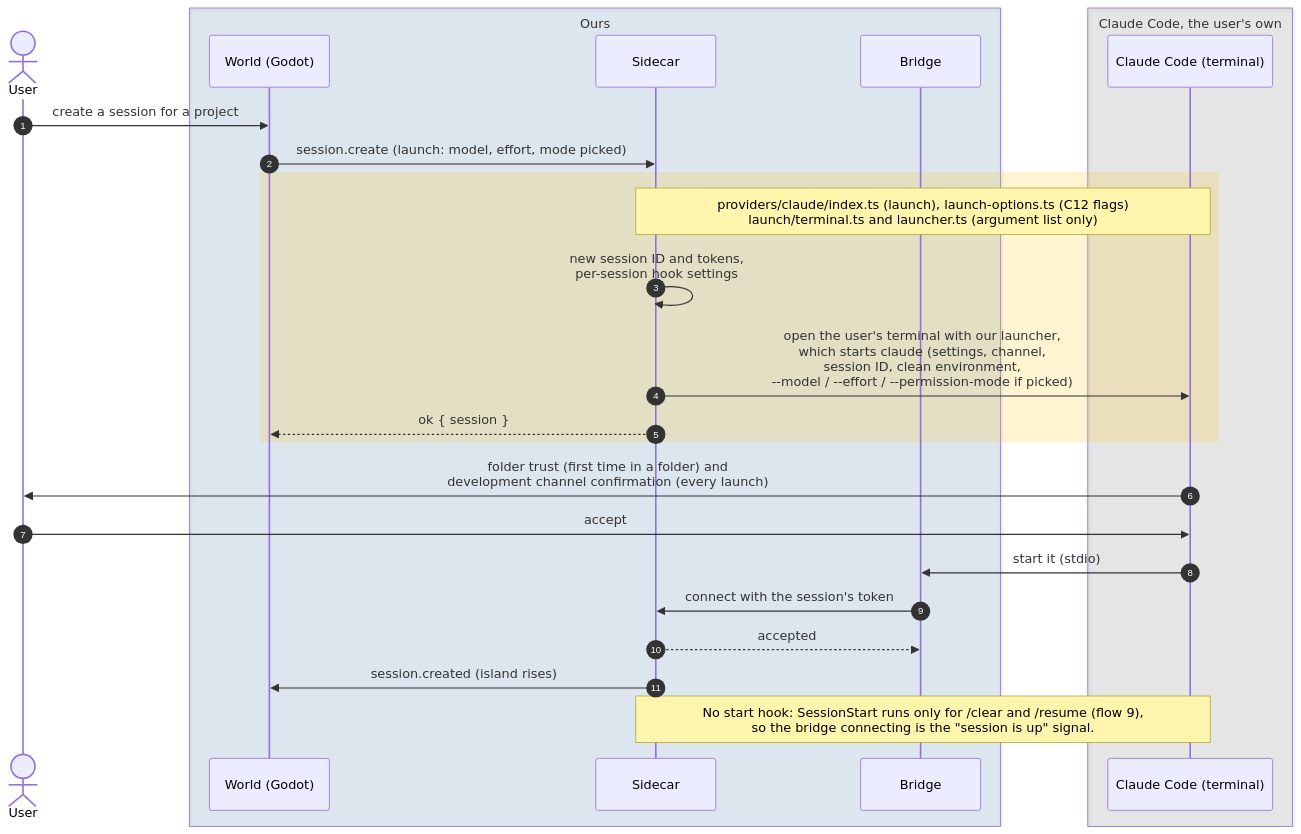
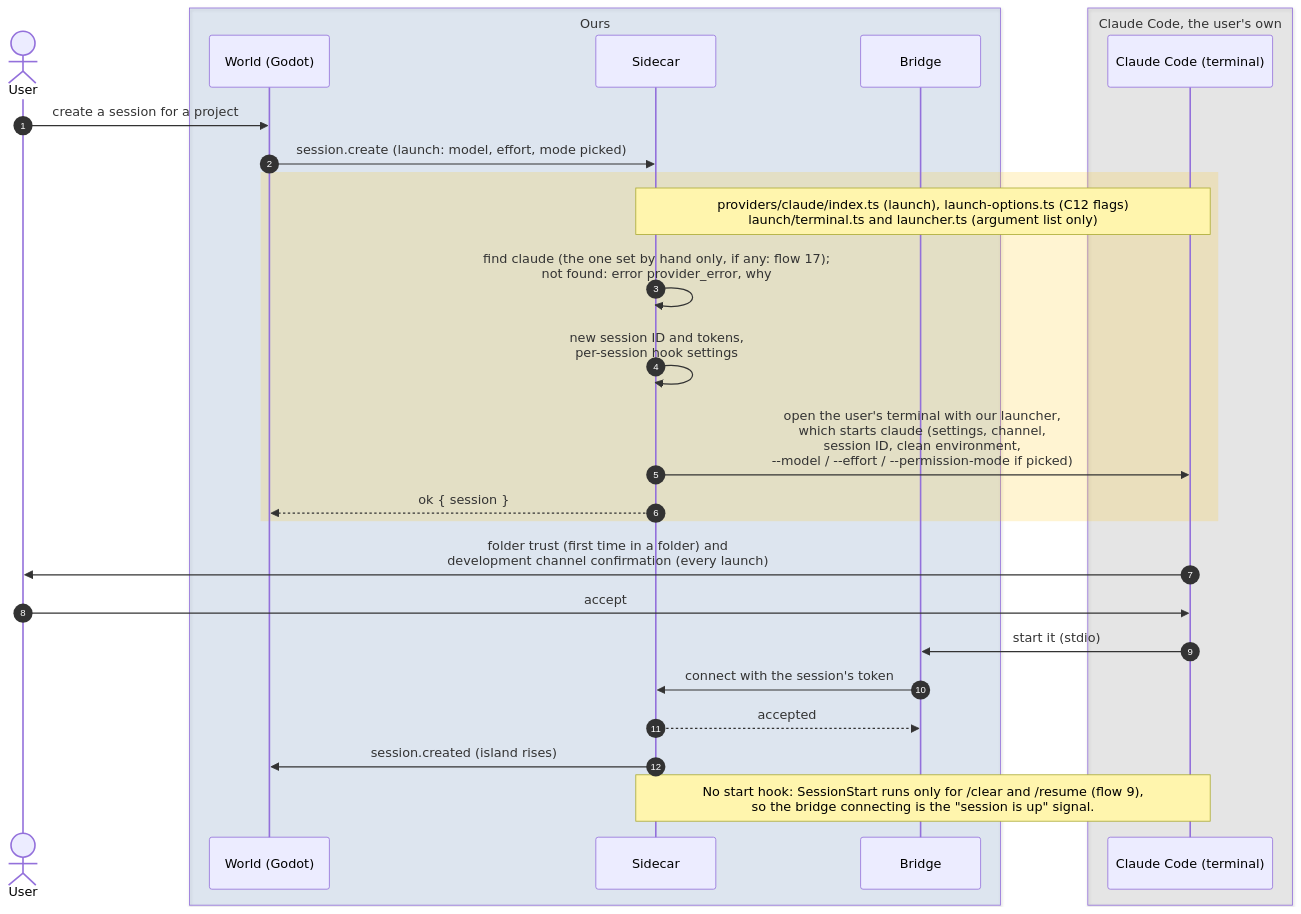
One commit to PaoloPortugal/The-Beach changed the diagram in docs/diagrams/sequence/01-create-a-session.md. Above: the diagram before and after it, drawn with Mermaid. The commit also changed 8 other files, not shown here.

Commit message:
S02 docs: Claude Code set by hand (NOTES S02 → The program set by hand, Platforms, C10's Game row, index, Running it, Known issues, Current focus; GUIDE S02 and C10; flow 17 and flows 0-1; dev log; live checklist)

````diff
--- a/docs/diagrams/sequence/01-create-a-session.md
+++ b/docs/diagrams/sequence/01-create-a-session.md
@@ -7,31 +7,32 @@
 ```mermaid
 sequenceDiagram
     autonumber
     actor User
 
     box rgba(47,111,191,0.12) Ours
         participant World as World (Godot)
         participant Sidecar
         participant Bridge
     end
 
     box rgba(128,128,128,0.14) Claude Code, the user's own
         participant Claude as Claude Code (terminal)
     end
 
     User->>World: create a session for a project
     World->>Sidecar: session.create (launch: model, effort, mode picked)
     rect rgba(255,193,7,0.18)
         Note over Sidecar,Claude: providers/claude/index.ts (launch), launch-options.ts (C12 flags)<br/>launch/terminal.ts and launcher.ts (argument list only)
+        Sidecar->>Sidecar: find claude (the one set by hand only, if any: flow 17)#59;<br/>not found: error provider_error, why
         Sidecar->>Sidecar: new session ID and tokens,<br/>per-session hook settings
         Sidecar->>Claude: open the user's terminal with our launcher,<br/>which starts claude (settings, channel,<br/>session ID, clean environment,<br/>--model / --effort / --permission-mode if picked)
         Sidecar-->>World: ok { session }
     end
     Claude->>User: folder trust (first time in a folder) and<br/>development channel confirmation (every launch)
     User->>Claude: accept
     Claude->>Bridge: start it (stdio)
     Bridge->>Sidecar: connect with the session's token
     Sidecar-->>Bridge: accepted
     Sidecar->>World: session.created (island rises)
     Note over Claude,Sidecar: No start hook: SessionStart runs only for /clear and /resume (flow 9),<br/>so the bridge connecting is the "session is up" signal.
 ```
````
